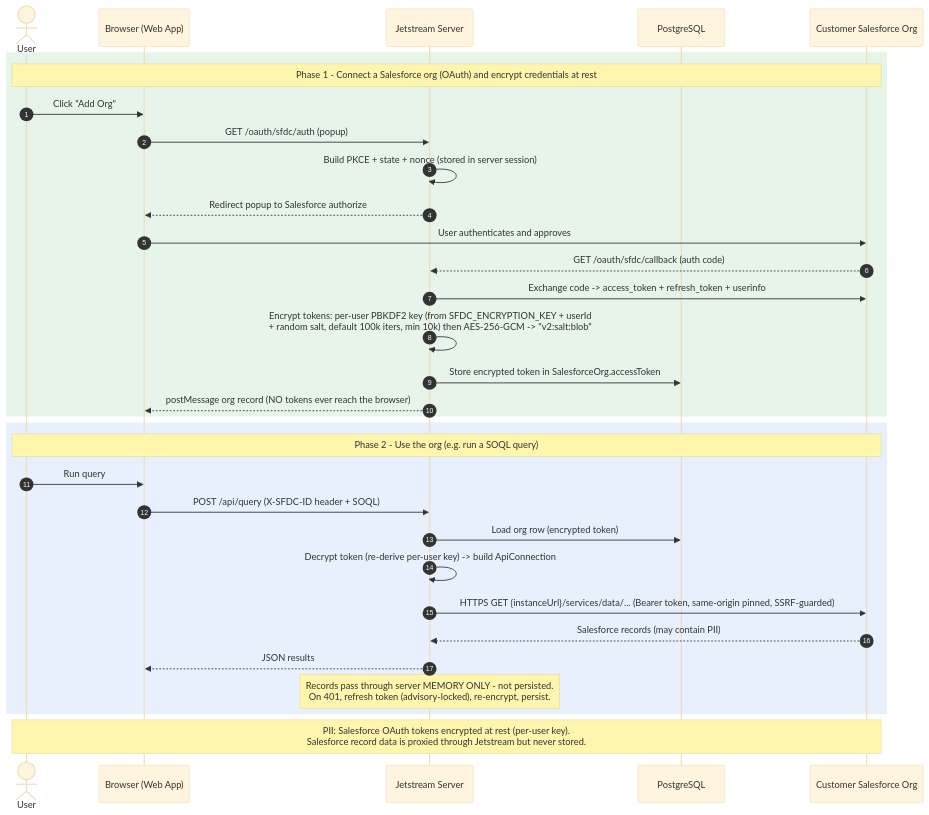
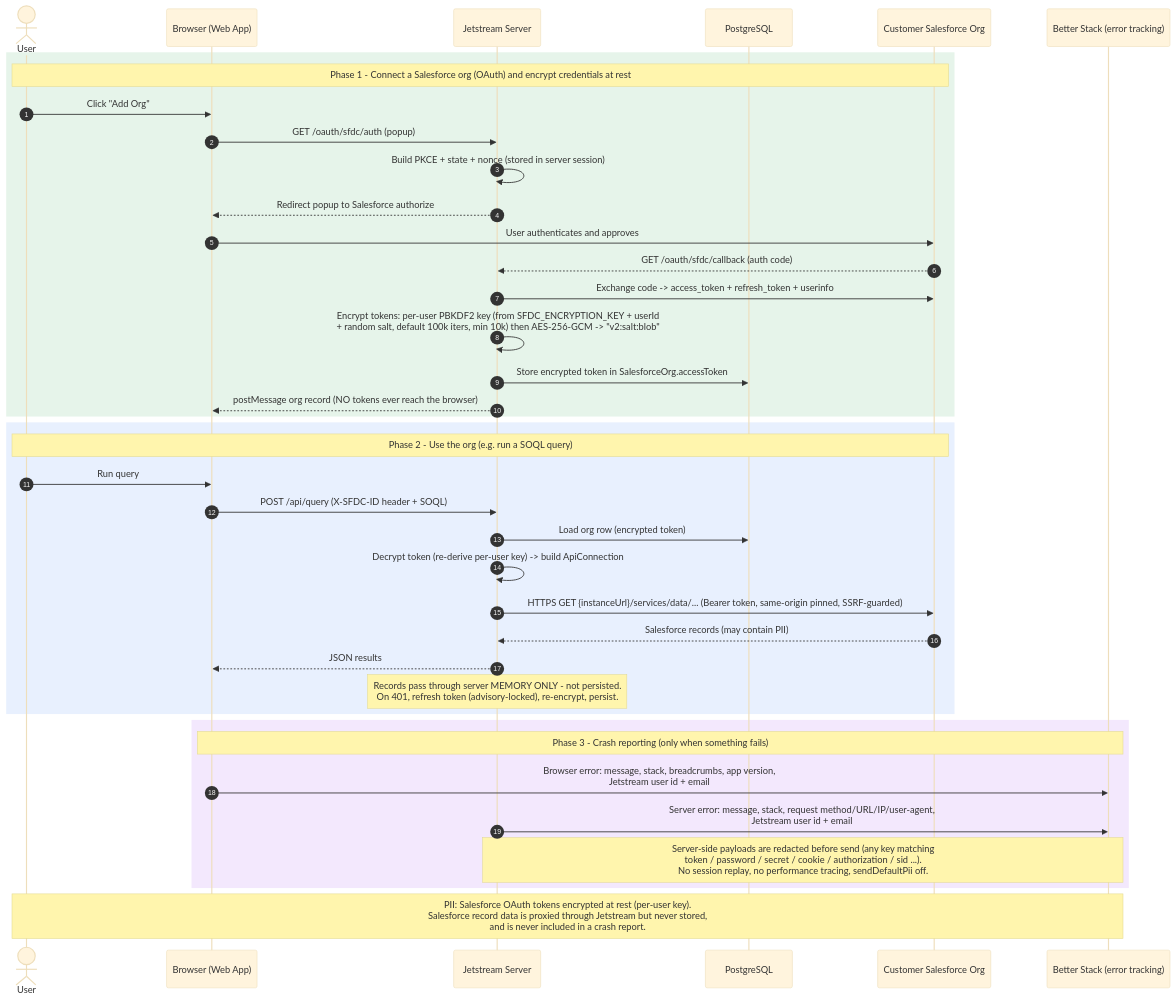
Before and after one commit to jetstreamapp/jetstream: the diagram in docs/security/data-flow-diagrams/20-sfdata-web-app.mmd, drawn with Mermaid (base theme). The commit also changed 21 other files, not shown here.

Commit message:
chore: update data flow diagrams to include error tracking

```diff
--- a/docs/security/data-flow-diagrams/20-sfdata-web-app.mmd
+++ b/docs/security/data-flow-diagrams/20-sfdata-web-app.mmd
@@ -1,35 +1,43 @@
 sequenceDiagram
     autonumber
     actor U as User
     participant B as Browser (Web App)
     participant API as Jetstream Server
     participant DB as PostgreSQL
     participant SF as Customer Salesforce Org
+    participant BS as Better Stack (error tracking)
 
     rect rgb(230, 244, 234)
     Note over U,SF: Phase 1 - Connect a Salesforce org (OAuth) and encrypt credentials at rest
     U->>B: Click "Add Org"
     B->>API: GET /oauth/sfdc/auth (popup)
     API->>API: Build PKCE + state + nonce (stored in server session)
     API-->>B: Redirect popup to Salesforce authorize
     B->>SF: User authenticates and approves
     SF-->>API: GET /oauth/sfdc/callback (auth code)
     API->>SF: Exchange code -> access_token + refresh_token + userinfo
     API->>API: Encrypt tokens: per-user PBKDF2 key (from SFDC_ENCRYPTION_KEY + userId<br/>+ random salt, default 100k iters, min 10k) then AES-256-GCM  ->  "v2:salt:blob"
     API->>DB: Store encrypted token in SalesforceOrg.accessToken
     API-->>B: postMessage org record (NO tokens ever reach the browser)
     end
 
     rect rgb(232, 240, 254)
     Note over U,SF: Phase 2 - Use the org (e.g. run a SOQL query)
     U->>B: Run query
     B->>API: POST /api/query  (X-SFDC-ID header + SOQL)
     API->>DB: Load org row (encrypted token)
     API->>API: Decrypt token (re-derive per-user key) -> build ApiConnection
     API->>SF: HTTPS GET {instanceUrl}/services/data/... (Bearer token, same-origin pinned, SSRF-guarded)
     SF-->>API: Salesforce records (may contain PII)
     API-->>B: JSON results
     Note over API: Records pass through server MEMORY ONLY - not persisted.<br/>On 401, refresh token (advisory-locked), re-encrypt, persist.
     end
 
-    Note over U,SF: PII: Salesforce OAuth tokens encrypted at rest (per-user key).<br/>Salesforce record data is proxied through Jetstream but never stored.
+    rect rgb(243, 232, 253)
+    Note over B,BS: Phase 3 - Crash reporting (only when something fails)
+    B->>BS: Browser error: message, stack, breadcrumbs, app version,<br/>Jetstream user id + email
+    API->>BS: Server error: message, stack, request method/URL/IP/user-agent,<br/>Jetstream user id + email
+    Note over API,BS: Server-side payloads are redacted before send (any key matching<br/>token / password / secret / cookie / authorization / sid ...).<br/>No session replay, no performance tracing, sendDefaultPii off.
+    end
+
+    Note over U,BS: PII: Salesforce OAuth tokens encrypted at rest (per-user key).<br/>Salesforce record data is proxied through Jetstream but never stored,<br/>and is never included in a crash report.
```
